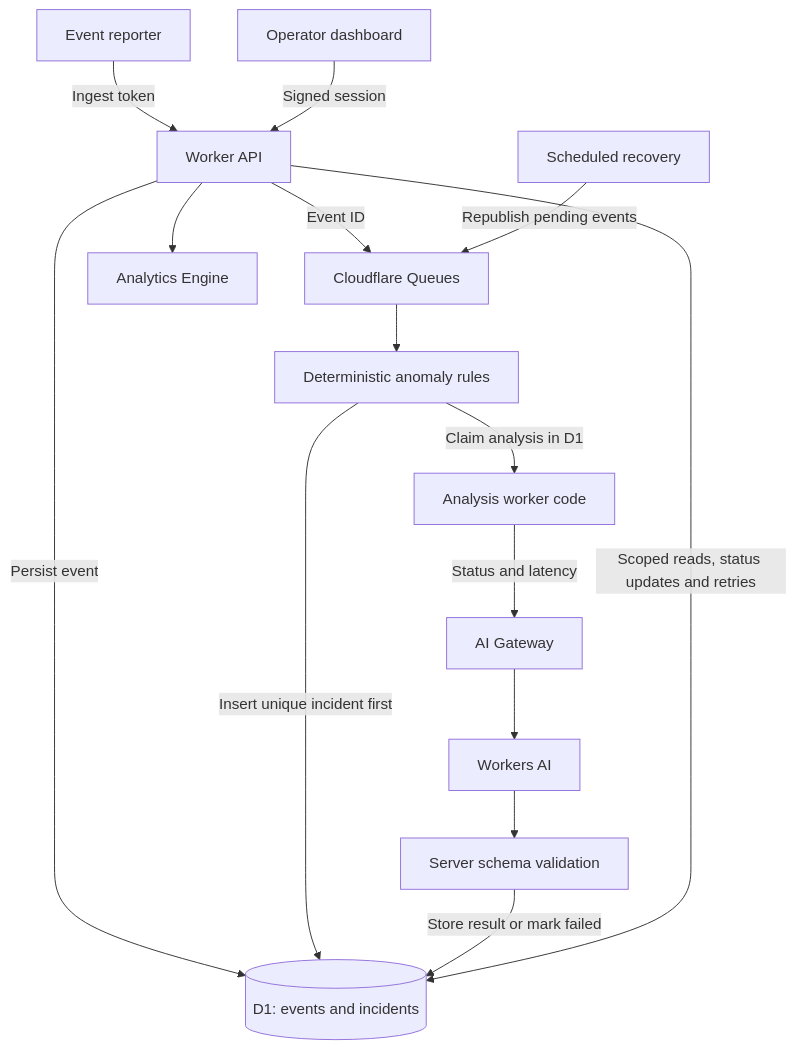
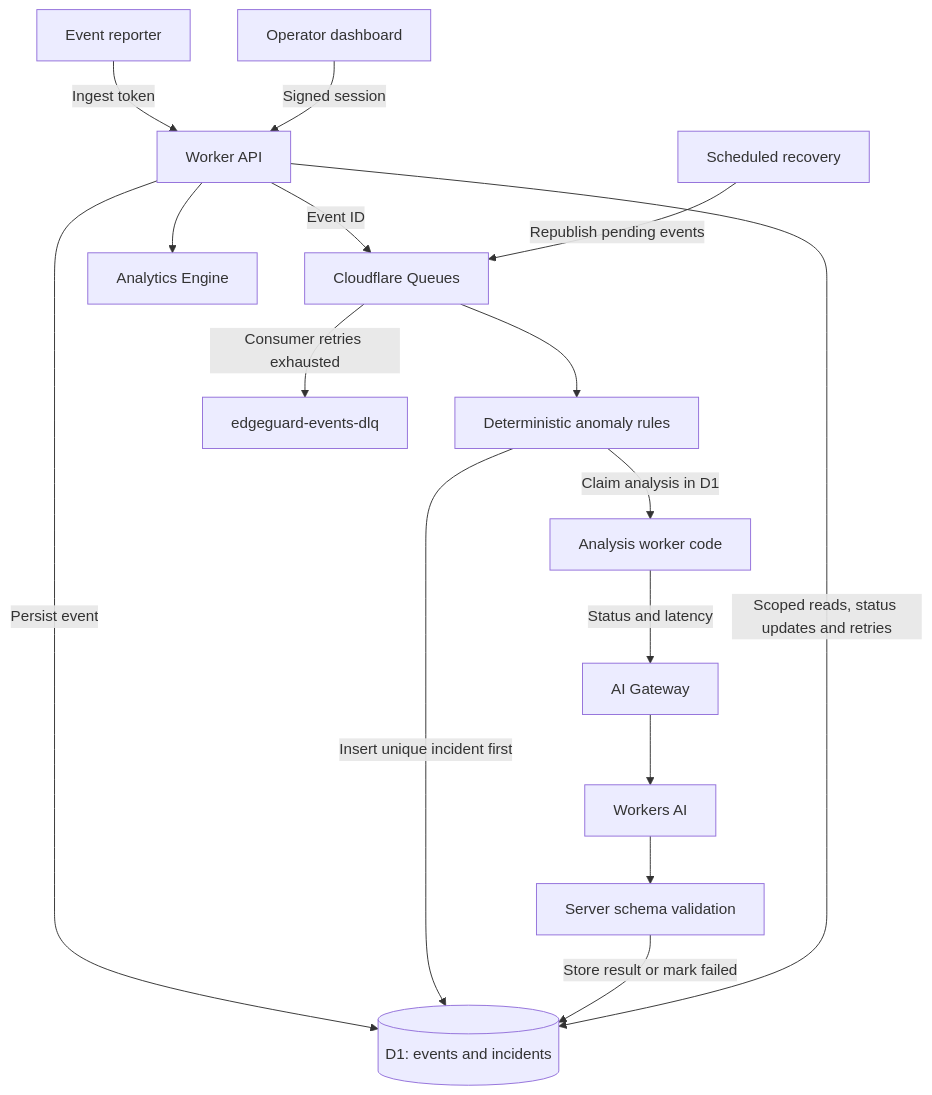
Before and after one commit to joaorodrigues0764/edgeguard: the diagram in README.md, drawn with Mermaid. The commit also changed other lines of this file and 5 other files, not shown here.

````diff
--- a/README.md
+++ b/README.md
@@ -41,17 +41,18 @@
 ```mermaid
 flowchart TD
     Client[Event reporter] -->|Ingest token| Worker[Worker API]
     Worker -->|Persist event| D1[(D1: events and incidents)]
     Worker -->|Event ID| Queue[Cloudflare Queues]
     Cron[Scheduled recovery] -->|Republish pending events| Queue
     Queue --> Rules[Deterministic anomaly rules]
+    Queue -->|Consumer retries exhausted| DLQ[edgeguard-events-dlq]
     Rules -->|Insert unique incident first| D1
     Rules -->|Claim analysis in D1| Analysis[Analysis worker code]
     Analysis -->|Status and latency| Gateway[AI Gateway]
     Gateway --> Model[Workers AI]
     Model --> Validate[Server schema validation]
     Validate -->|Store result or mark failed| D1
     Browser[Operator dashboard] -->|Signed session| Worker
     Worker -->|Scoped reads, status updates and retries| D1
     Worker --> Analytics[Analytics Engine]
 ```
````
